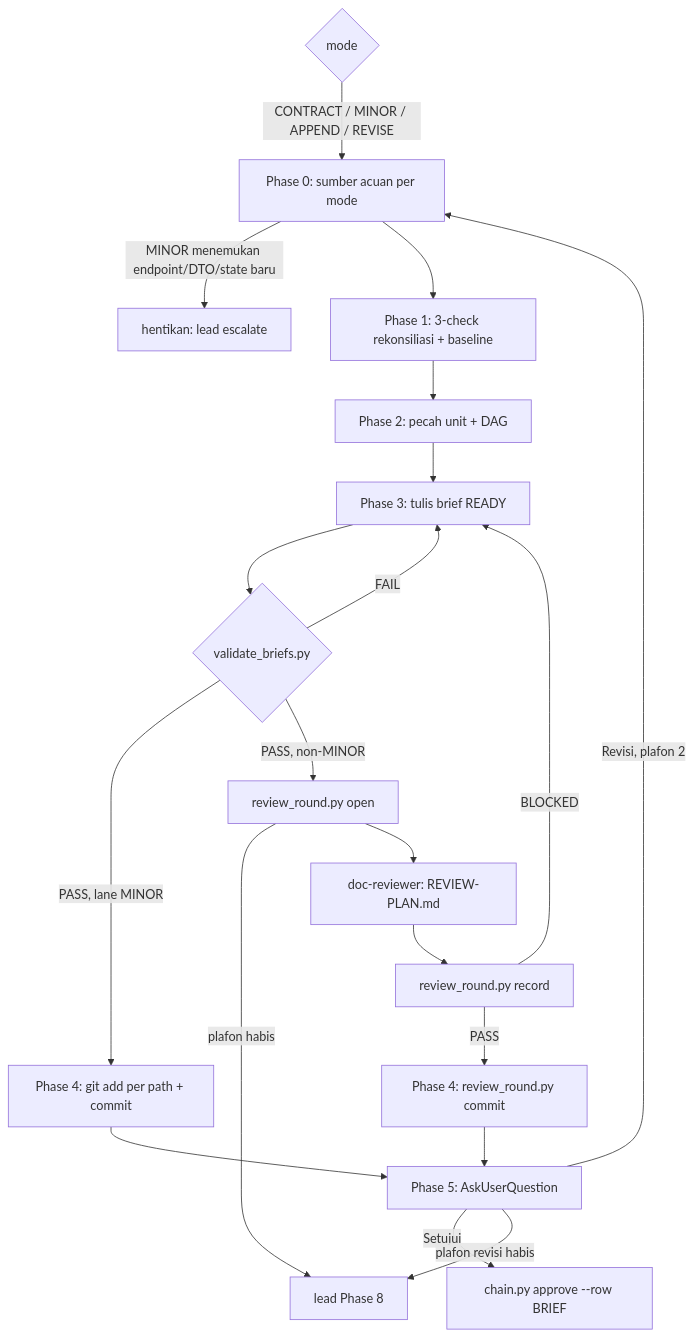
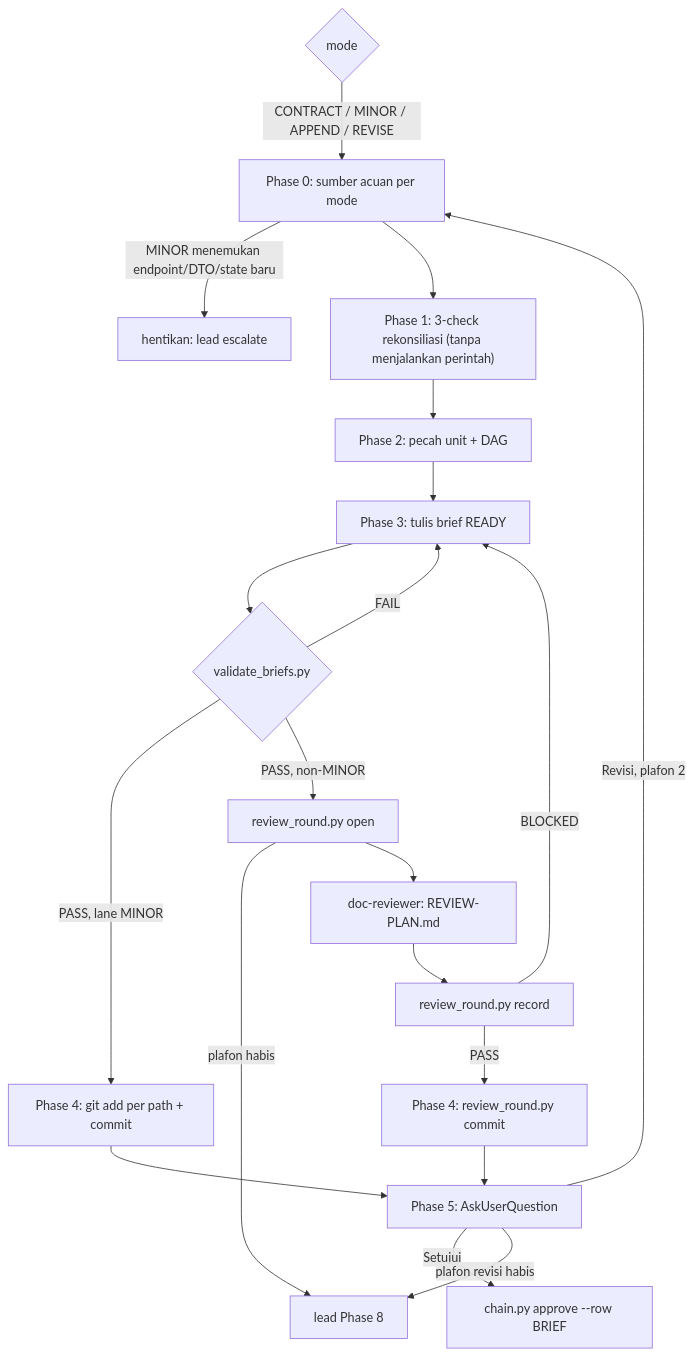
Before and after one commit to nataflow/agentic-workflow: the fourth of 8 diagrams in flow/frontend.md, drawn with Mermaid. The commit also changed other lines of this file and 25 other files, not shown here.

````diff
--- a/flow/frontend.md
+++ b/flow/frontend.md
@@ -367,22 +372,22 @@
 ```mermaid
 flowchart TD
     M{"mode"} -->|"CONTRACT / MINOR / APPEND / REVISE"| P0["Phase 0: sumber acuan per mode"]
     P0 -->|"MINOR menemukan endpoint/DTO/state baru"| ESC["hentikan: lead escalate"]
-    P0 --> P1["Phase 1: 3-check rekonsiliasi + baseline"]
+    P0 --> P1["Phase 1: 3-check rekonsiliasi (tanpa menjalankan perintah)"]
     P1 --> P2["Phase 2: pecah unit + DAG"]
     P2 --> P3["Phase 3: tulis brief READY"]
     P3 --> VB{"validate_briefs.py"}
     VB -->|"FAIL"| P3
     VB -->|"PASS, lane MINOR"| CM["Phase 4: git add per path + commit"]
     VB -->|"PASS, non-MINOR"| RO["review_round.py open"]
     RO -->|"plafon habis"| L8["lead Phase 8"]
     RO --> DR["doc-reviewer: REVIEW-PLAN.md"]
     DR --> REC["review_round.py record"]
     REC -->|"BLOCKED"| P3
     REC -->|"PASS"| CR["Phase 4: review_round.py commit"]
     CM --> AP["Phase 5: AskUserQuestion"]
     CR --> AP
     AP -->|"Setujui"| OK["chain.py approve --row BRIEF"]
     AP -->|"Revisi, plafon 2"| P0
     AP -->|"plafon revisi habis"| L8
 ```
````
